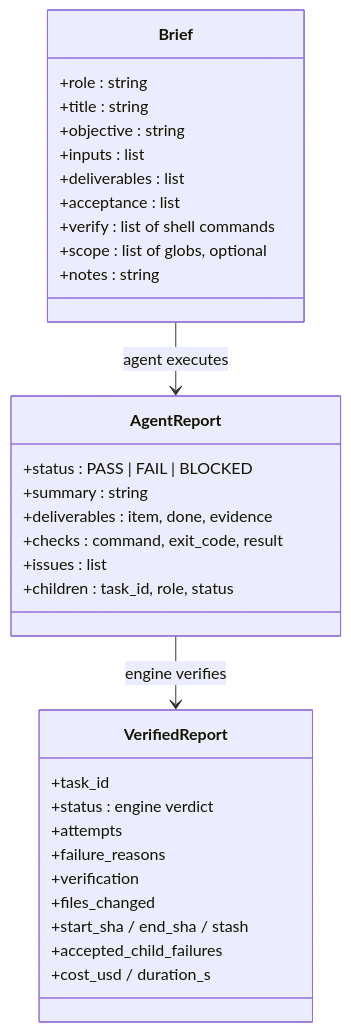
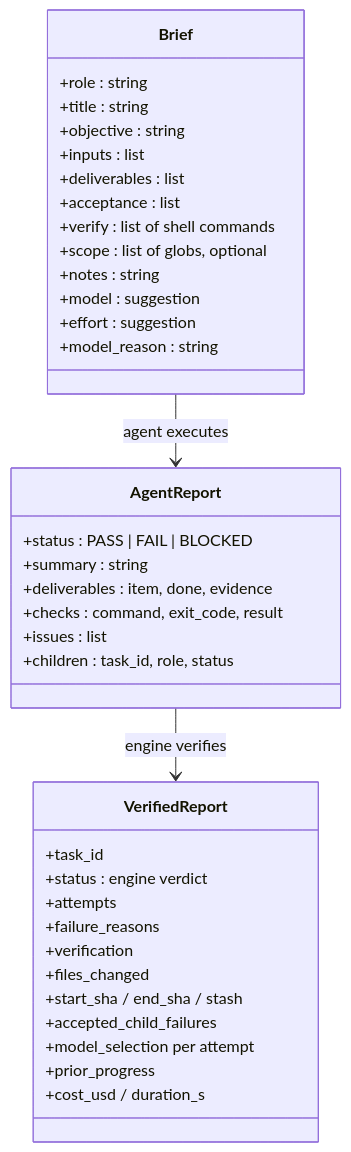
The fourth of 4 diagrams in docs/system/08-state-and-artifacts.md (Waleed178-del/lets-do-it), drawn with Mermaid before and after one commit. The commit also changed other lines of this file and 14 other files, not shown here.

First line of the commit message:
Enforce delegation in the engine, add @commands verify, diagrams for 2.0

````diff
--- a/docs/system/08-state-and-artifacts.md
+++ b/docs/system/08-state-and-artifacts.md
@@ -111,35 +134,40 @@
 ```mermaid
 classDiagram
     class Brief {
         +role : string
         +title : string
         +objective : string
         +inputs : list
         +deliverables : list
         +acceptance : list
         +verify : list of shell commands
         +scope : list of globs, optional
         +notes : string
+        +model : suggestion
+        +effort : suggestion
+        +model_reason : string
     }
     class AgentReport {
         +status : PASS | FAIL | BLOCKED
         +summary : string
         +deliverables : item, done, evidence
         +checks : command, exit_code, result
         +issues : list
         +children : task_id, role, status
     }
     class VerifiedReport {
         +task_id
         +status : engine verdict
         +attempts
         +failure_reasons
         +verification
         +files_changed
         +start_sha / end_sha / stash
         +accepted_child_failures
+        +model_selection per attempt
+        +prior_progress
         +cost_usd / duration_s
     }
     Brief --> AgentReport : agent executes
     AgentReport --> VerifiedReport : engine verifies
 ```
````
